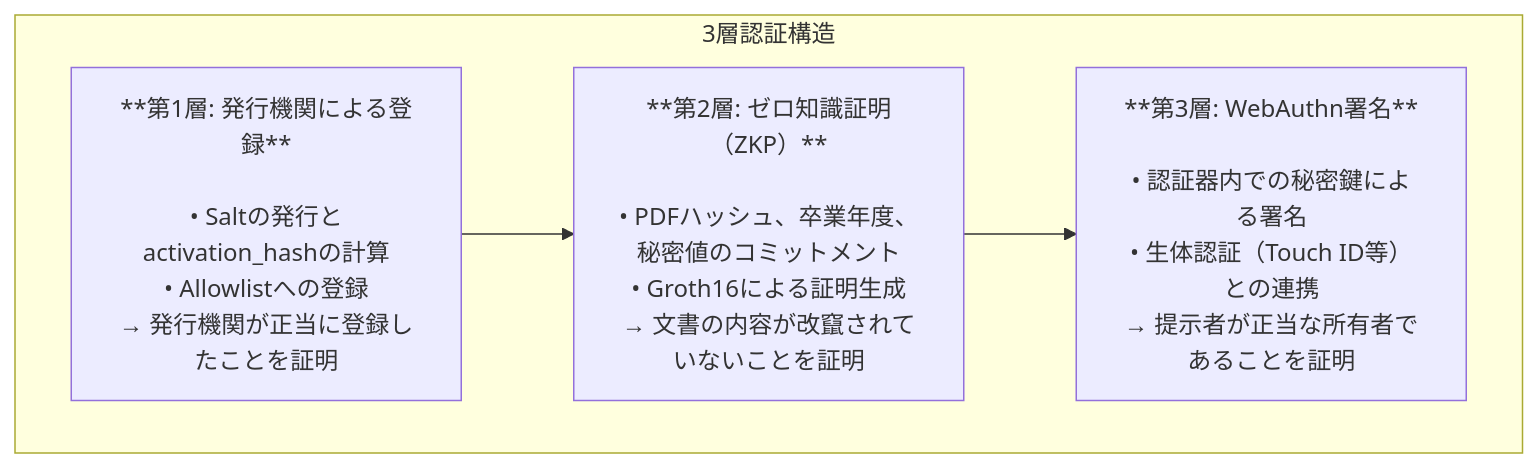
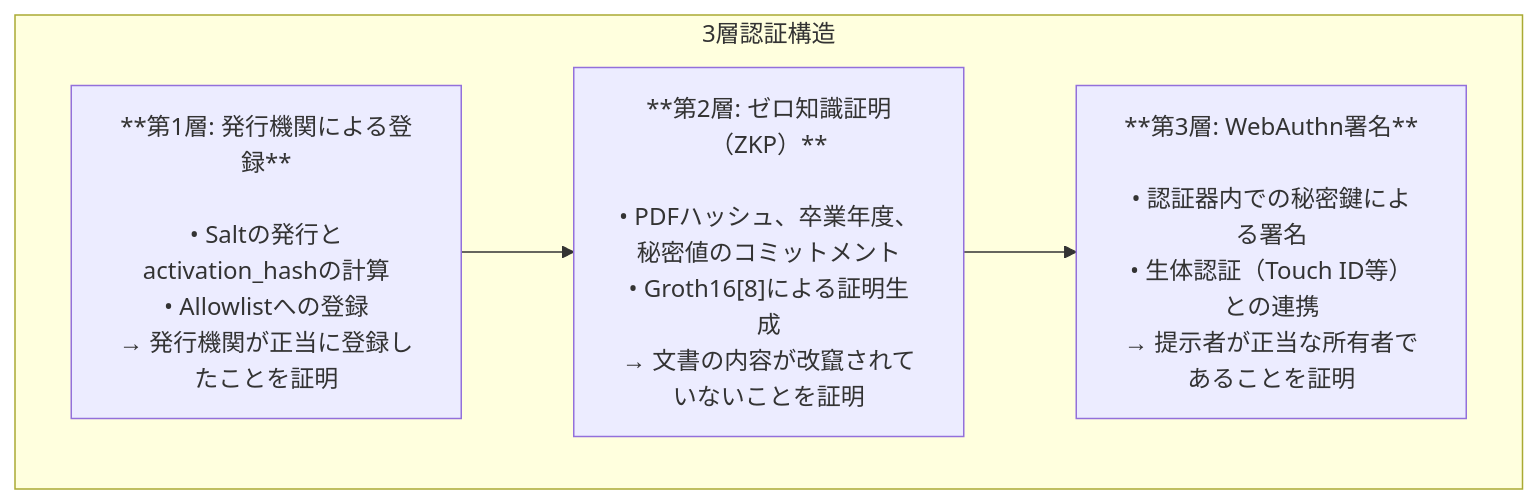
One commit to Blank-Vulture/Tri-CertFramework changed the diagram in docs/thesis-source/第3章 システム設計と実装/3.1 設計思想とアーキテクチャ/3.1.4 3層認証の詳細.md. Above: the diagram before and after it, drawn with Mermaid. The commit also changed 78 other files, not shown here.

```diff
--- a/docs/thesis-source/第3章 システム設計と実装/3.1 設計思想とアーキテクチャ/3.1.4 3層認証の詳細.md
+++ b/docs/thesis-source/第3章 システム設計と実装/3.1 設計思想とアーキテクチャ/3.1.4 3層認証の詳細.md
@@ -3,11 +3,11 @@
 <pre class="mermaid">
 flowchart TD
     subgraph ThreeLayers ["3層認証構造"]
         L1["**第1層: 発行機関による登録**<br><br>• Saltの発行とactivation_hashの計算<br>• Allowlistへの登録<br>→ 発行機関が正当に登録したことを証明"]
-        L2["**第2層: ゼロ知識証明（ZKP）**<br><br>• PDFハッシュ、卒業年度、秘密値のコミットメント<br>• Groth16による証明生成<br>→ 文書の内容が改竄されていないことを証明"]
+        L2["**第2層: ゼロ知識証明（ZKP）**<br><br>• PDFハッシュ、卒業年度、秘密値のコミットメント<br>• Groth16[8]による証明生成<br>→ 文書の内容が改竄されていないことを証明"]
         L3["**第3層: WebAuthn署名**<br><br>• 認証器内での秘密鍵による署名<br>• 生体認証（Touch ID等）との連携<br>→ 提示者が正当な所有者であることを証明"]
 
         L1 --> L2
         L2 --> L3
     end
 </pre>
```
